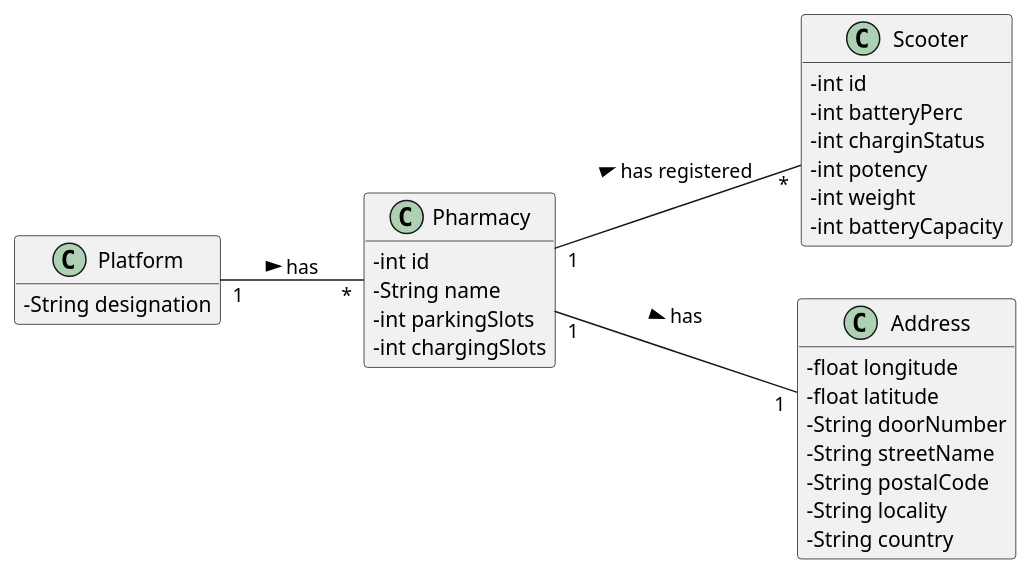
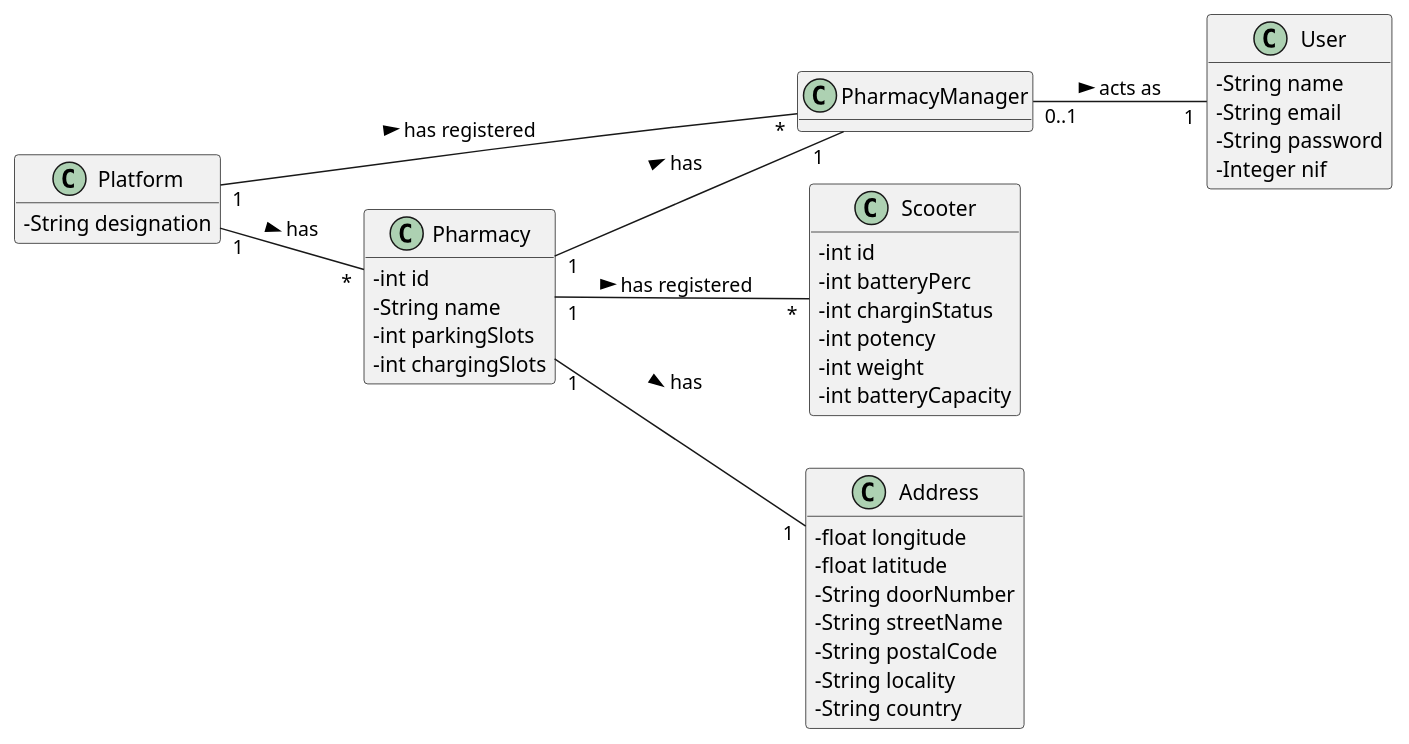
One commit to tiagoavcosta25/LAPR3 changed the diagram in docs/Iteration 1/Scooter Management/US32_UpdateScooter/US32_DM.puml. Above: the diagram before and after it, drawn with PlantUML. The commit also changed 4 other files, not shown here.

```diff
--- a/docs/Iteration 1/Scooter Management/US32_UpdateScooter/US32_DM.puml
+++ b/docs/Iteration 1/Scooter Management/US32_UpdateScooter/US32_DM.puml
@@ -1,41 +1,54 @@
 @startuml
 skinparam classAttributeIconSize 0
 hide methods
 left to right direction
 
 class Platform {
   -String designation
 }
 
 class Pharmacy {
   -int id
   -String name
   -int parkingSlots
   -int chargingSlots
+}
+
+class User{
+-   String name
+-   String email
+-   String password
+-   Integer nif
+}
+
+class PharmacyManager {
 }
 
 class Scooter{
   -int id
   -int batteryPerc
   -int charginStatus
   -int potency
   -int weight
   -int batteryCapacity
 }
 
 class Address{
   -float longitude
   -float latitude
   -String doorNumber
   -String streetName
   -String postalCode
   -String locality
   -String country
 }
 
 
 
 Platform "1" -- "*" Pharmacy : has >
+Platform "1" -- "*" PharmacyManager : has registered >
+PharmacyManager "0..1" -- "1" User: acts as >
+Pharmacy "1" -- "1" PharmacyManager : has >
 Pharmacy "1" -- "*" Scooter : has registered >
 Pharmacy "1" -- "1" Address : has >
 @enduml
```
